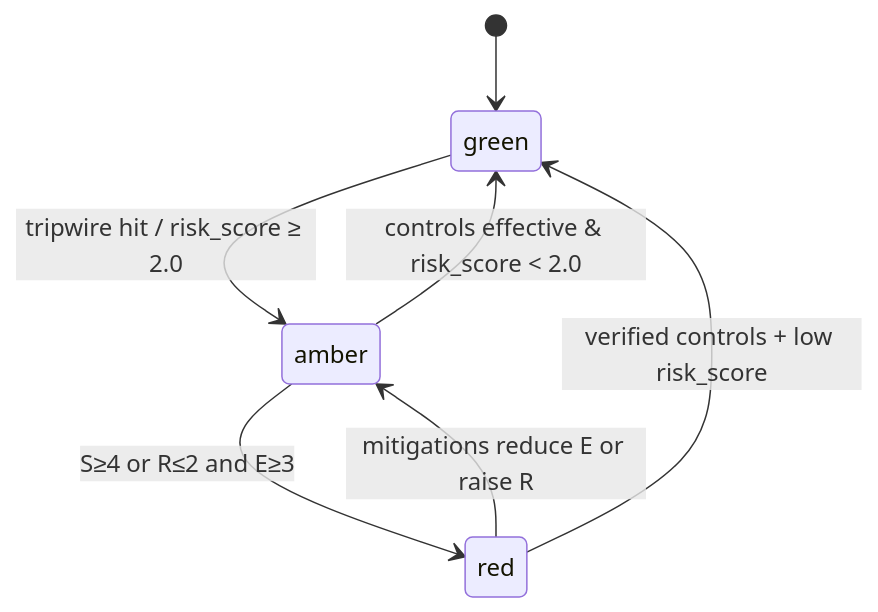
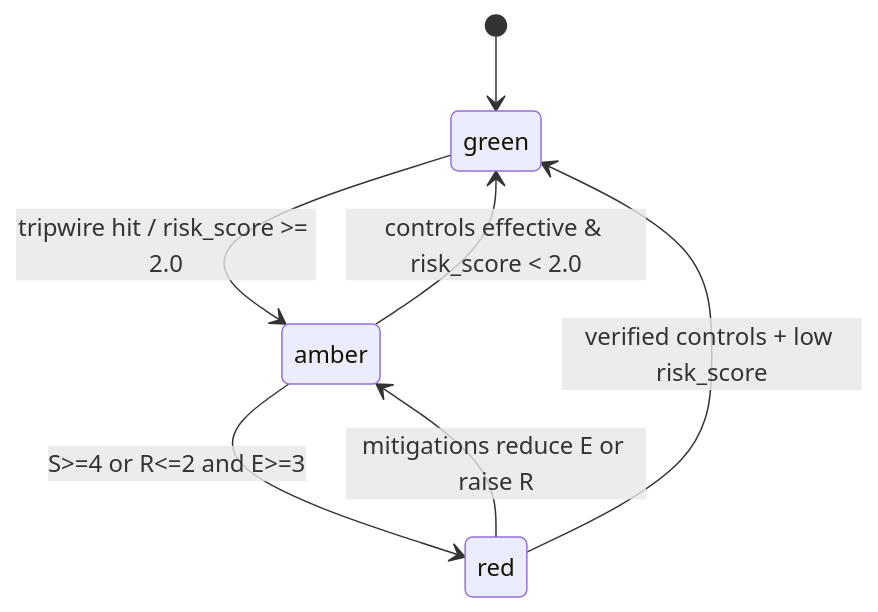
One commit to lexsightllc/lousa-assurance changed the second of 3 diagrams in README.md. Above: the diagram before and after it, drawn with Mermaid. The commit also changed other lines of this file, not shown here.

````diff
--- a/README.md
+++ b/README.md
@@ -152,9 +152,9 @@
 ```mermaid
 stateDiagram-v2
   [*] --> green
-  green --> amber: tripwire hit / risk_score ≥ 2.0
-  amber --> red: S≥4 or R≤2 and E≥3
+  green --> amber: tripwire hit / risk_score >= 2.0
+  amber --> red: S>=4 or R<=2 and E>=3
   amber --> green: controls effective & risk_score < 2.0
   red --> amber: mitigations reduce E or raise R
   red --> green: verified controls + low risk_score
 ```
````
